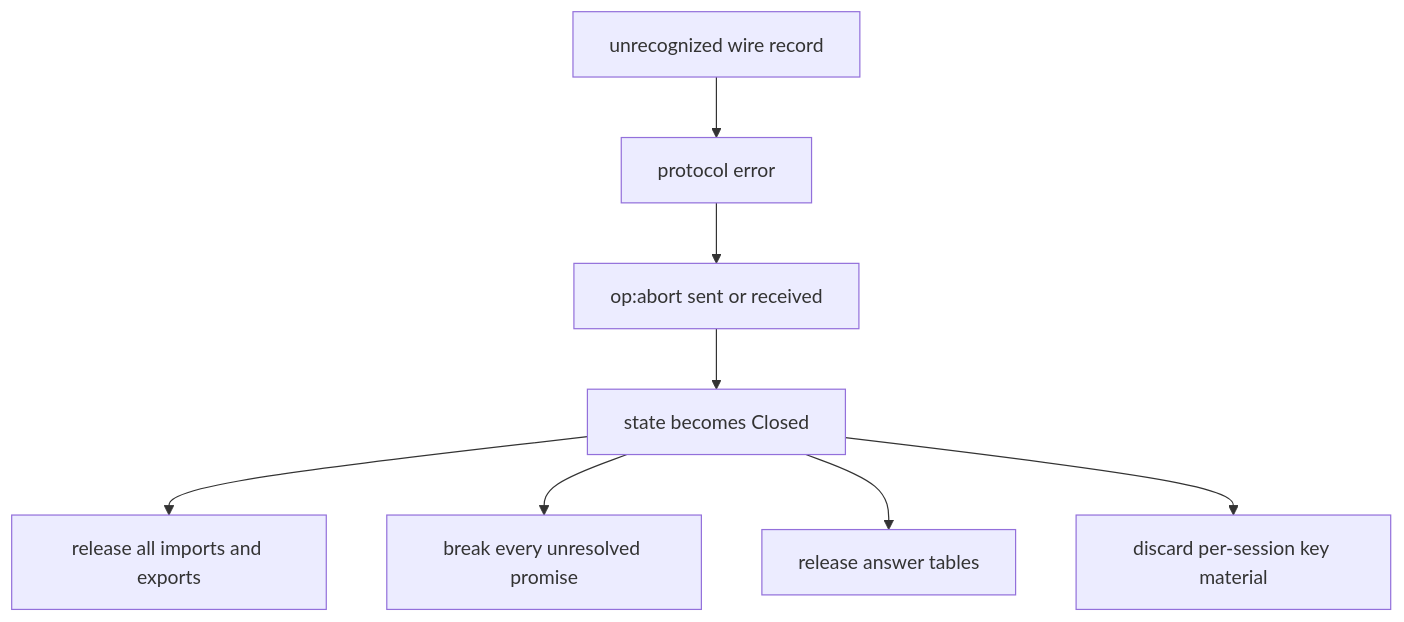
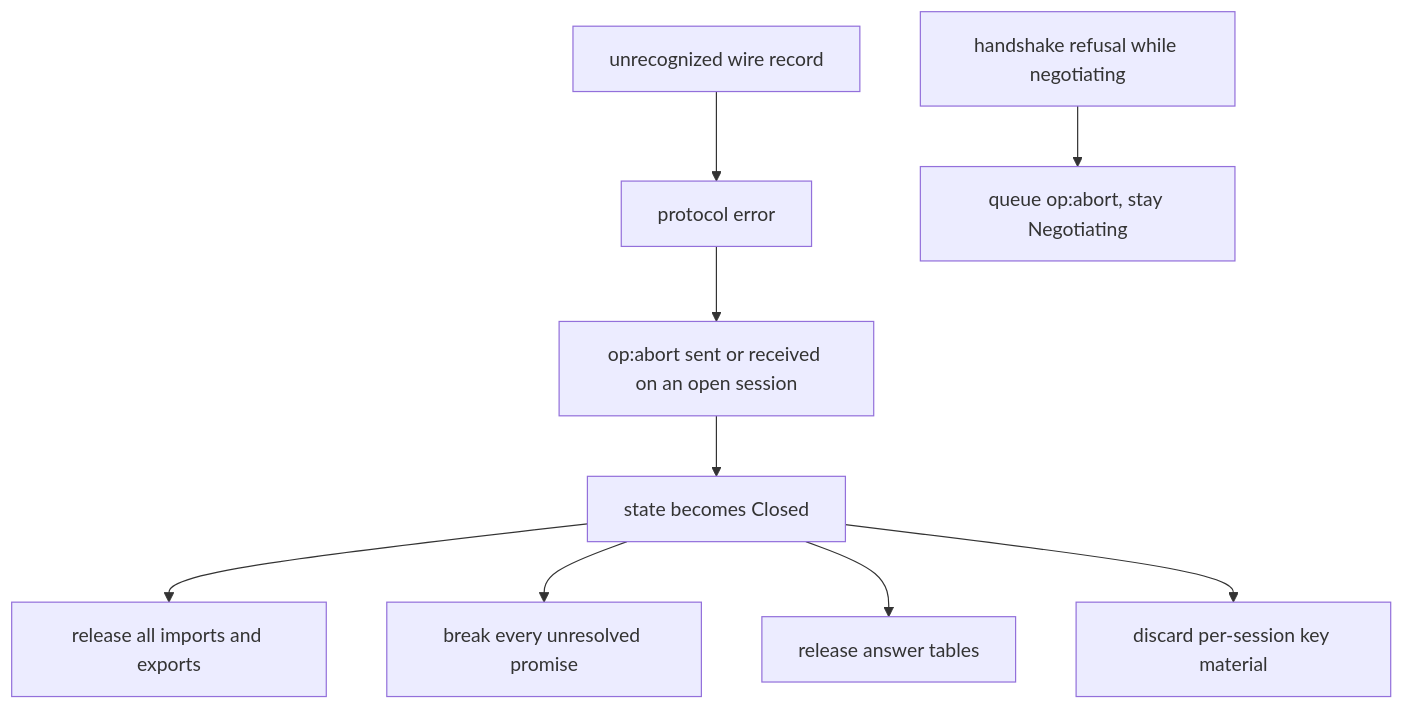
Before and after one commit to glowcap-org/glowcap: the sixth of 6 diagrams in docs/protocol-diagrams/01-session-lifecycle.md, drawn with Mermaid. The commit also changed other lines of this file and 267 other files, not shown here.

````diff
--- a/docs/protocol-diagrams/01-session-lifecycle.md
+++ b/docs/protocol-diagrams/01-session-lifecycle.md
@@ -100,9 +103,10 @@
 ```mermaid
 flowchart TD
-    AB["op:abort sent or received"] --> CL["state becomes Closed"]
+    AB["op:abort sent or received on an open session"] --> CL["state becomes Closed"]
     CL --> T1["release all imports and exports"]
     CL --> T2["break every unresolved promise"]
     CL --> T3["release answer tables"]
     CL --> T4["discard per-session key material"]
     UR["unrecognized wire record"] --> PE["protocol error"] --> AB
+    HR["handshake refusal while negotiating"] --> AO["queue op:abort, stay Negotiating"]
 ```
````
